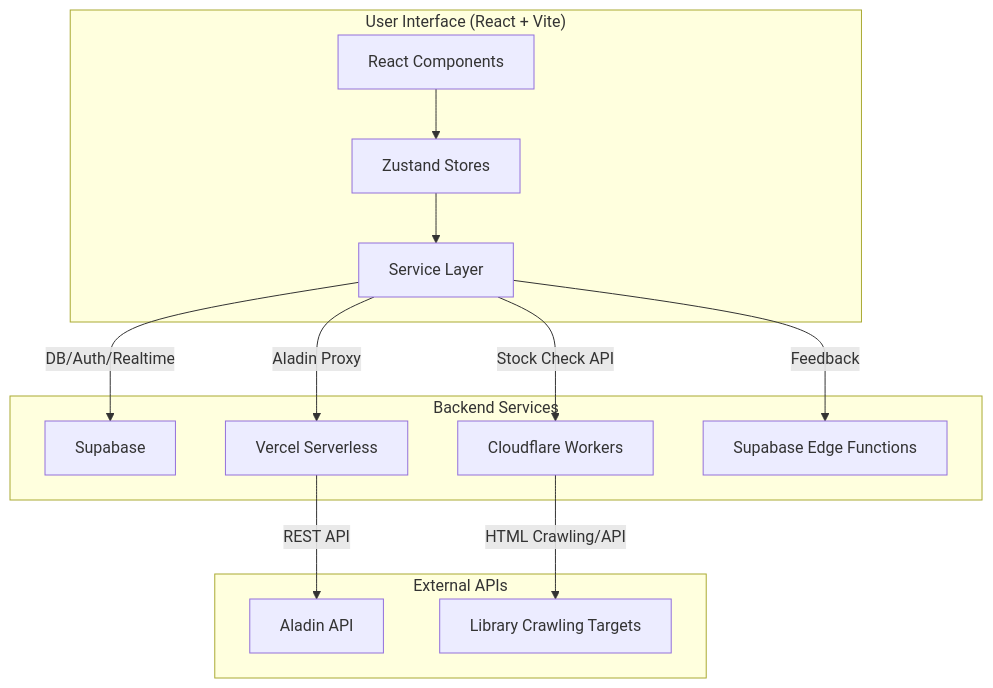
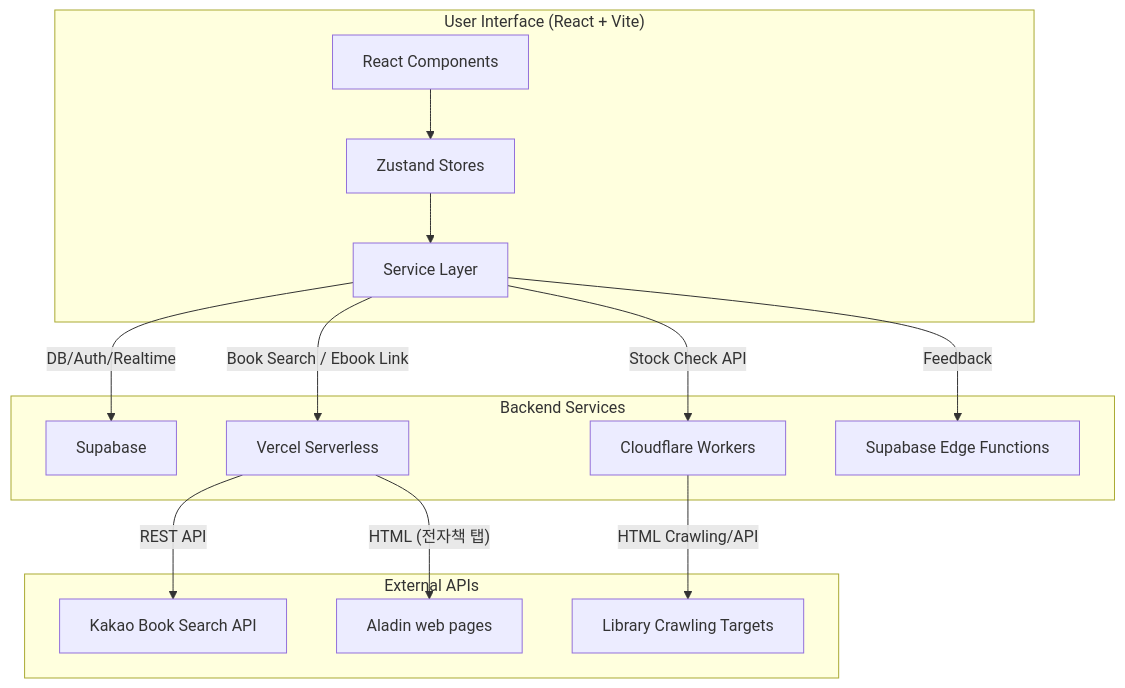
Before and after one commit to ahnbu/my_bookstations: the first of 2 diagrams in _docs/DEVELOPMENT.md, drawn with Mermaid. The commit also changed other lines of this file and 45 other files, not shown here.

First line of the commit message:
feat(search): 알라딘 OpenAPI 종료 대응 — 카카오 책 검색 전환과 알라딘 전자책 링크 자동 저장

````diff
--- a/_docs/DEVELOPMENT.md
+++ b/_docs/DEVELOPMENT.md
@@ -8,27 +8,29 @@
 ```mermaid
 graph TD
     subgraph "User Interface (React + Vite)"
         A[React Components] --> B[Zustand Stores]
         B --> C[Service Layer]
     end
 
     subgraph "Backend Services"
         F[Supabase]
         G[Cloudflare Workers]
         H[Vercel Serverless]
         I[Supabase Edge Functions]
     end
 
     subgraph "External APIs"
-        D[Aladin API]
+        D[Kakao Book Search API]
+        J[Aladin web pages]
         E[Library Crawling Targets]
     end
 
     C -- "DB/Auth/Realtime" --> F
     C -- "Stock Check API" --> G
-    C -- "Aladin Proxy" --> H
+    C -- "Book Search / Ebook Link" --> H
     C -- "Feedback" --> I
 
     H -- "REST API" --> D
+    H -- "HTML (전자책 탭)" --> J
     G -- "HTML Crawling/API" --> E
 ```
````
